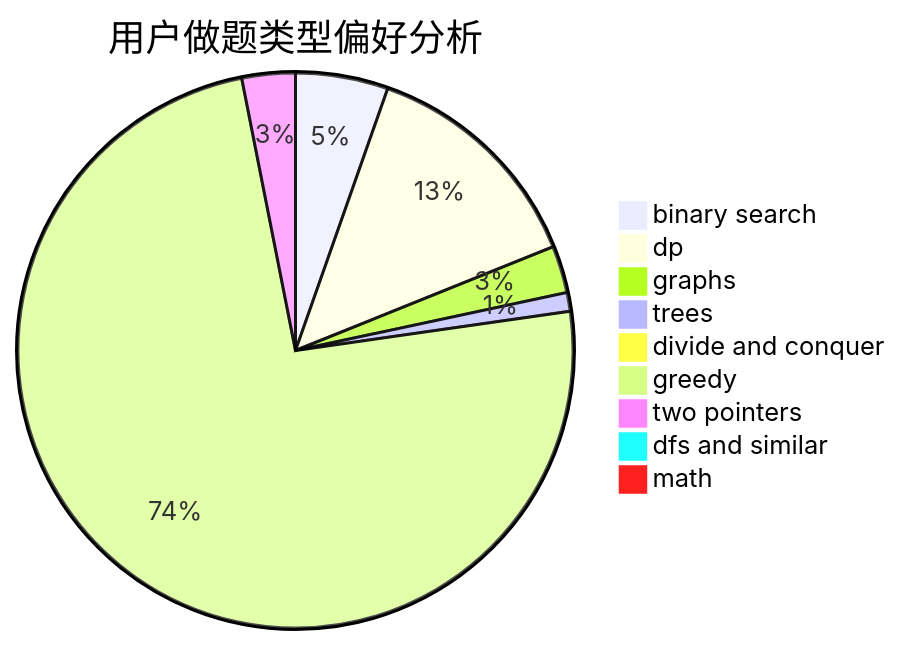
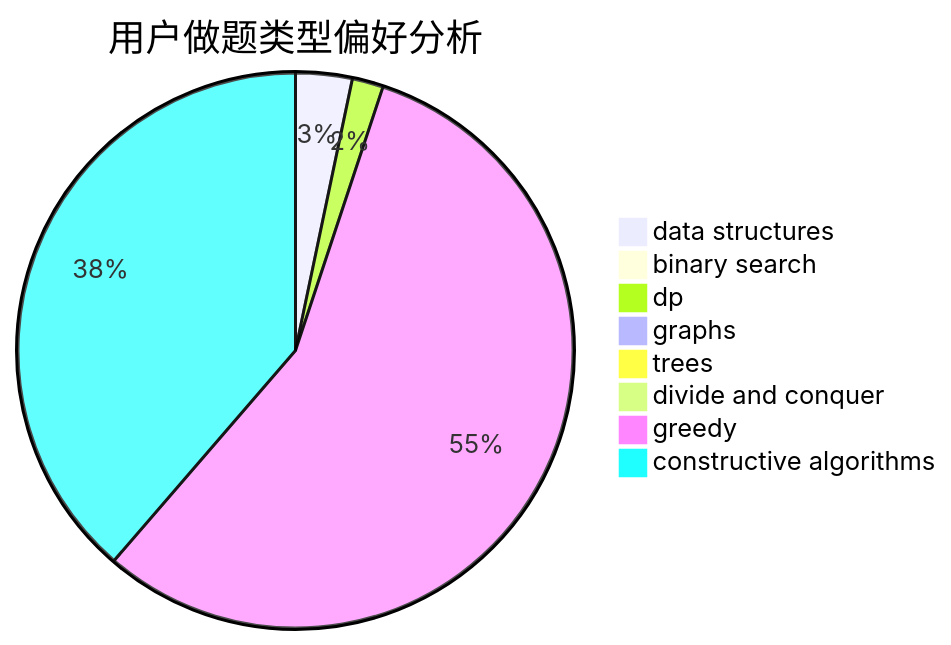
The second of 3 diagrams in docs/user/u2401.md (sherpahu/cfrs.github.io), drawn with Mermaid before and after one commit. The commit also changed other lines of this file and 2775 other files, not shown here.

````diff
--- a/docs/user/u2401.md
+++ b/docs/user/u2401.md
@@ -23,12 +23,11 @@
 ```mermaid
 pie title 用户做题类型偏好分析
-    "binary search" :  59
-    "dp" :  148
-    "graphs" :  30
-    "trees" :  12
+    "data structures" :  29
+    "binary search" :  8
+    "dp" :  16
+    "graphs" :  8
+    "trees" :  3
     "divide and conquer" :  0
-    "greedy" :  812
-    "two pointers" :  34
-    "dfs and similar" :  4
-    "math" :  4
+    "greedy" :  496
+    "constructive algorithms" :  341
 ```
````
